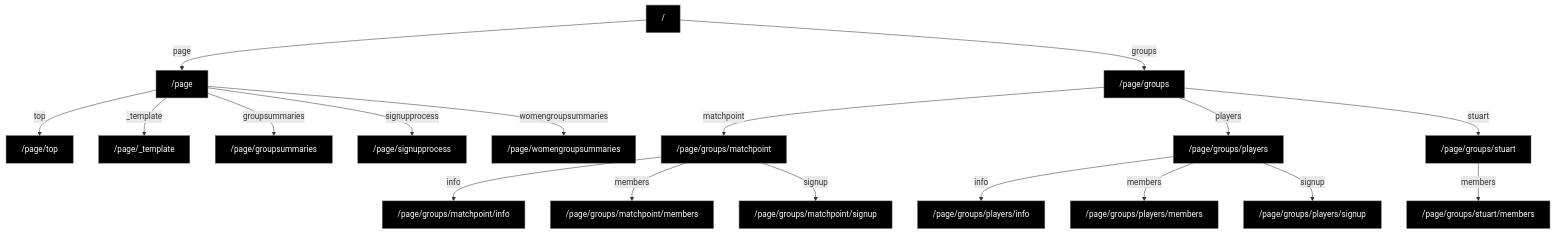
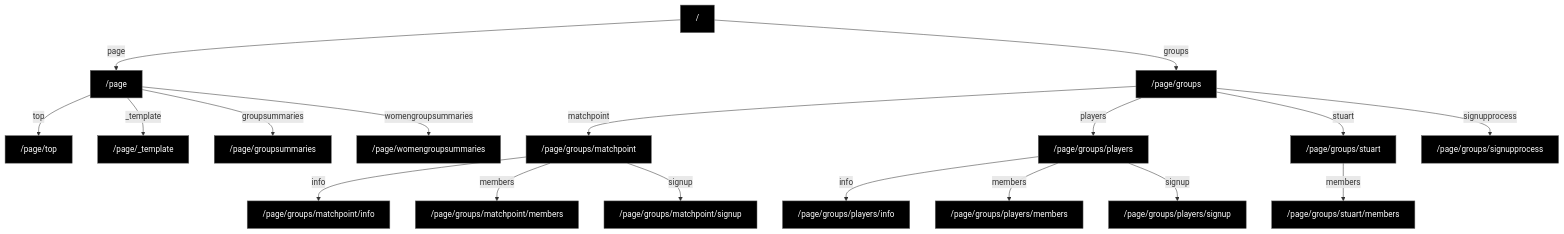
The diagram in README.md (pelicanbaytennisgroups/content), drawn with Mermaid before and after one commit. The commit also changed other lines of this file, not shown here.

Commit message:
Update README with external links map [ci skip]

````diff
--- a/README.md
+++ b/README.md
@@ -22,40 +22,40 @@
 ```mermaid
 graph TD
     %% Site structure diagram with styling
     classDef default fill:#000,color:#fff,stroke:#666,stroke-width:1px;
     Root["/"]
     page["/page"]
     Root -->|"page"| page
     page_top["/page/top"]
     page -->|"top"| page_top
     page_groups["/page/groups"]
     Root -->|"groups"| page_groups
     page_groups_matchpoint["/page/groups/matchpoint"]
     page_groups -->|"matchpoint"| page_groups_matchpoint
     page_groups_players["/page/groups/players"]
     page_groups -->|"players"| page_groups_players
     page_groups_stuart["/page/groups/stuart"]
     page_groups -->|"stuart"| page_groups_stuart
     page__template["/page/_template"]
     page -->|"_template"| page__template
     page_groups_matchpoint_info["/page/groups/matchpoint/info"]
     page_groups_matchpoint -->|"info"| page_groups_matchpoint_info
     page_groups_matchpoint_members["/page/groups/matchpoint/members"]
     page_groups_matchpoint -->|"members"| page_groups_matchpoint_members
     page_groups_matchpoint_signup["/page/groups/matchpoint/signup"]
     page_groups_matchpoint -->|"signup"| page_groups_matchpoint_signup
     page_groups_players_info["/page/groups/players/info"]
     page_groups_players -->|"info"| page_groups_players_info
     page_groups_players_members["/page/groups/players/members"]
     page_groups_players -->|"members"| page_groups_players_members
     page_groups_players_signup["/page/groups/players/signup"]
     page_groups_players -->|"signup"| page_groups_players_signup
+    page_groups_signupprocess["/page/groups/signupprocess"]
+    page_groups -->|"signupprocess"| page_groups_signupprocess
     page_groups_stuart_members["/page/groups/stuart/members"]
     page_groups_stuart -->|"members"| page_groups_stuart_members
     page_groupsummaries["/page/groupsummaries"]
     page -->|"groupsummaries"| page_groupsummaries
-    page_signupprocess["/page/signupprocess"]
-    page -->|"signupprocess"| page_signupprocess
     page_womengroupsummaries["/page/womengroupsummaries"]
     page -->|"womengroupsummaries"| page_womengroupsummaries
 ```
````
